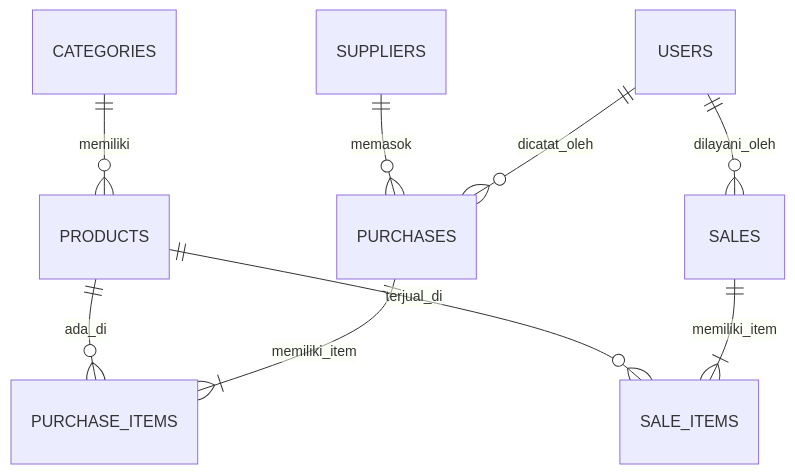
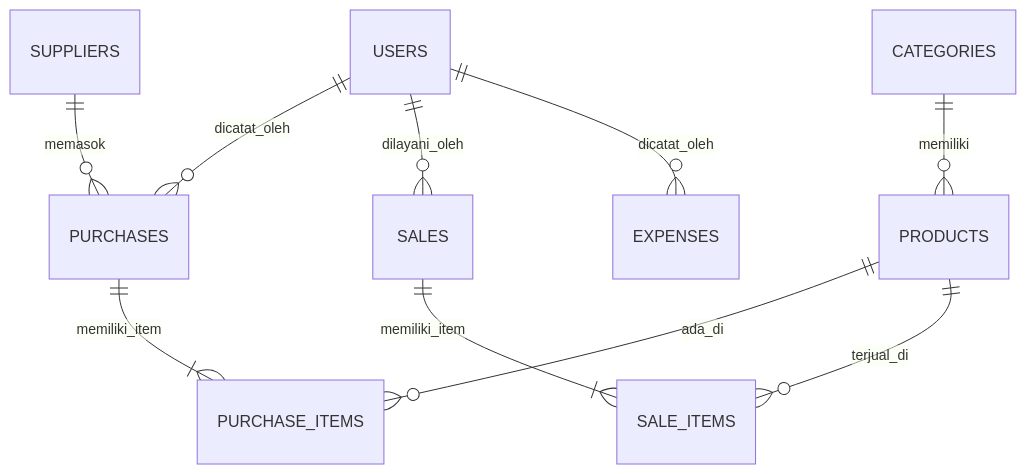
One commit to JavaFizd/uts-web-stencu changed the diagram in README.md. Above: the diagram before and after it, drawn with Mermaid. The commit also changed other lines of this file and 1 other file, not shown here.

````diff
--- a/README.md
+++ b/README.md
@@ -72,11 +69,12 @@
 ```mermaid
 erDiagram
     USERS ||--o{ PURCHASES : "dicatat_oleh"
     USERS ||--o{ SALES : "dilayani_oleh"
+    USERS ||--o{ EXPENSES : "dicatat_oleh"
     CATEGORIES ||--o{ PRODUCTS : "memiliki"
     SUPPLIERS ||--o{ PURCHASES : "memasok"
     PURCHASES ||--|{ PURCHASE_ITEMS : "memiliki_item"
     PRODUCTS ||--o{ PURCHASE_ITEMS : "ada_di"
     SALES ||--|{ SALE_ITEMS : "memiliki_item"
     PRODUCTS ||--o{ SALE_ITEMS : "terjual_di"
 ```
````
